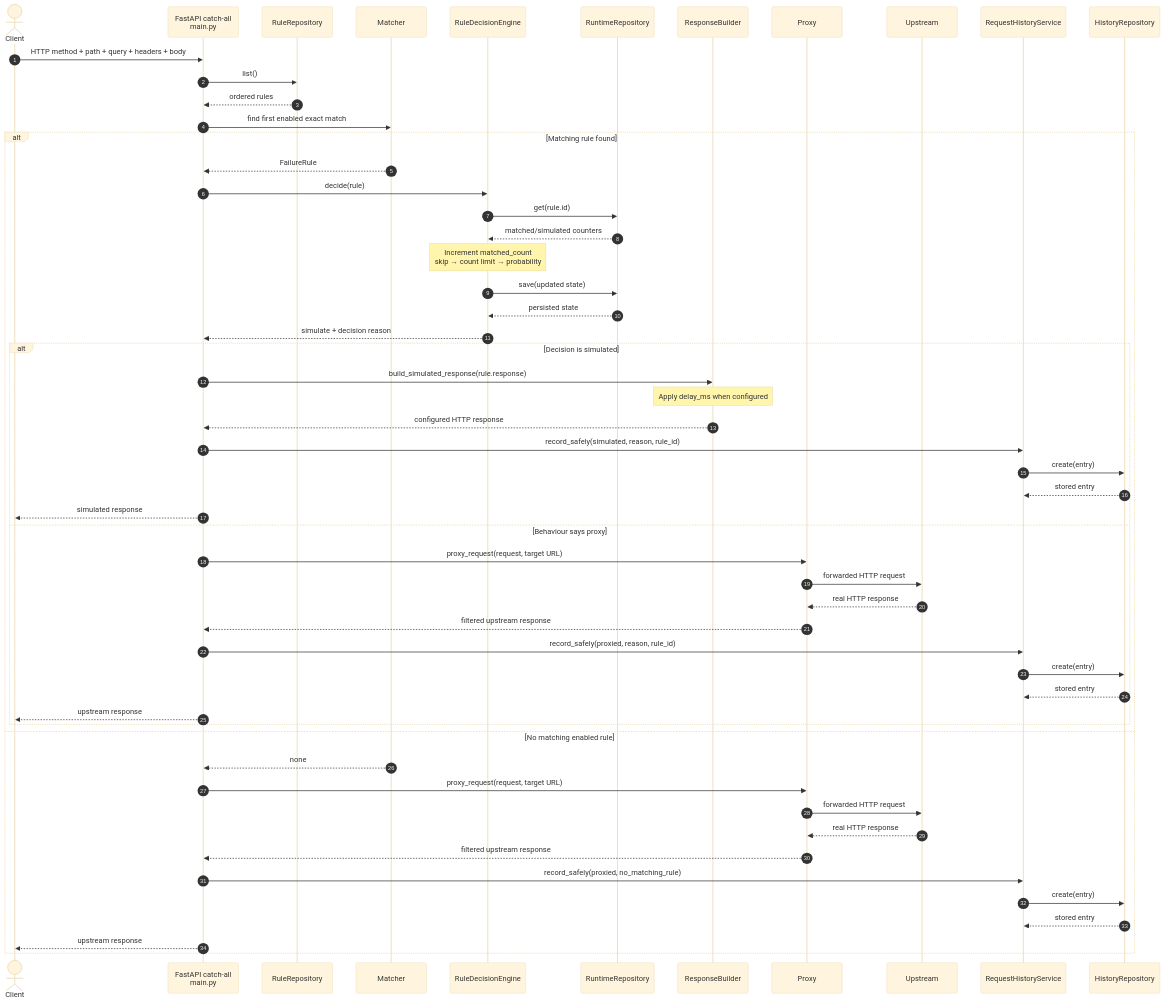
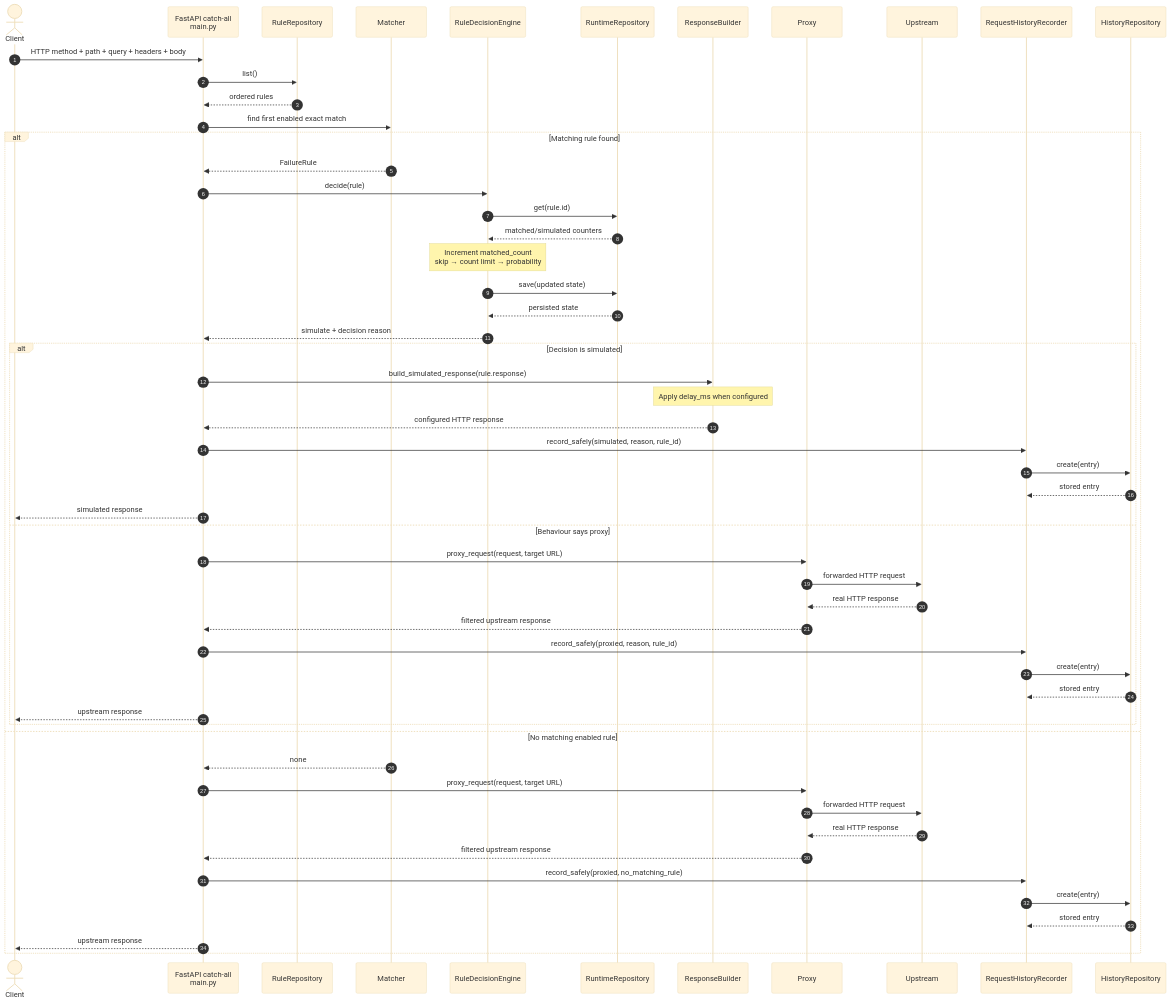
One commit to youngdaughterezelput/failure-simulation-tool changed the second of 3 diagrams in docs/application-architecture.md. Above: the diagram before and after it, drawn with Mermaid (base theme). The commit also changed other lines of this file and 13 other files, not shown here.

````diff
--- a/docs/application-architecture.md
+++ b/docs/application-architecture.md
@@ -196,60 +200,60 @@
 ```mermaid
 sequenceDiagram
     autonumber
     actor Client
     participant Main as FastAPI catch-all<br/>main.py
     participant Rules as RuleRepository
     participant Matcher
     participant Engine as RuleDecisionEngine
     participant Runtime as RuntimeRepository
     participant Builder as ResponseBuilder
     participant Proxy
     participant Upstream
-    participant History as RequestHistoryService
+    participant History as RequestHistoryRecorder
     participant HistoryRepo as HistoryRepository
 
     Client->>Main: HTTP method + path + query + headers + body
     Main->>Rules: list()
     Rules-->>Main: ordered rules
     Main->>Matcher: find first enabled exact match
 
     alt Matching rule found
         Matcher-->>Main: FailureRule
         Main->>Engine: decide(rule)
         Engine->>Runtime: get(rule.id)
         Runtime-->>Engine: matched/simulated counters
         Note over Engine: Increment matched_count<br/>skip → count limit → probability
         Engine->>Runtime: save(updated state)
         Runtime-->>Engine: persisted state
         Engine-->>Main: simulate + decision reason
 
         alt Decision is simulated
             Main->>Builder: build_simulated_response(rule.response)
             Note over Builder: Apply delay_ms when configured
             Builder-->>Main: configured HTTP response
             Main->>History: record_safely(simulated, reason, rule_id)
             History->>HistoryRepo: create(entry)
             HistoryRepo-->>History: stored entry
             Main-->>Client: simulated response
         else Behaviour says proxy
             Main->>Proxy: proxy_request(request, target URL)
             Proxy->>Upstream: forwarded HTTP request
             Upstream-->>Proxy: real HTTP response
             Proxy-->>Main: filtered upstream response
             Main->>History: record_safely(proxied, reason, rule_id)
             History->>HistoryRepo: create(entry)
             HistoryRepo-->>History: stored entry
             Main-->>Client: upstream response
         end
     else No matching enabled rule
         Matcher-->>Main: none
         Main->>Proxy: proxy_request(request, target URL)
         Proxy->>Upstream: forwarded HTTP request
         Upstream-->>Proxy: real HTTP response
         Proxy-->>Main: filtered upstream response
         Main->>History: record_safely(proxied, no_matching_rule)
         History->>HistoryRepo: create(entry)
         HistoryRepo-->>History: stored entry
         Main-->>Client: upstream response
     end
 ```
````
